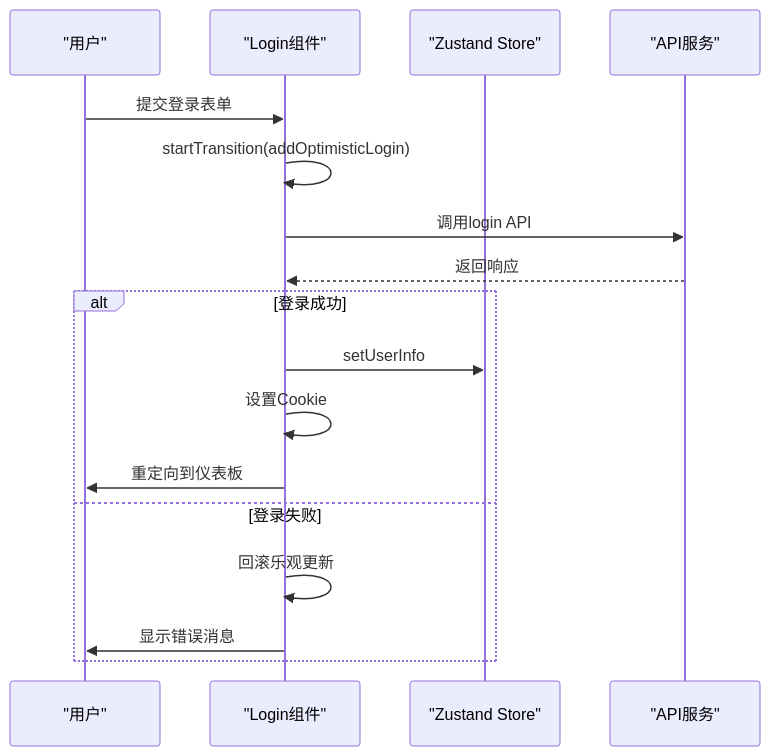
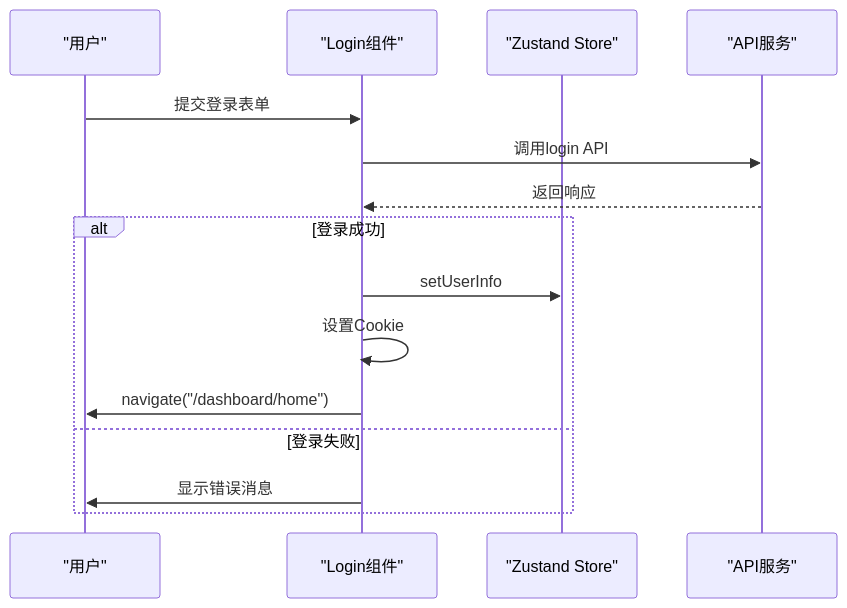
The second of 5 diagrams in .qoder/repowiki/zh/content/核心特性/登录流程中的乐观更新.md (fengerzh/react-vscode-template), drawn with Mermaid before and after one commit. The commit also changed other lines of this file and 15 other files, not shown here.

````diff
--- a/.qoder/repowiki/zh/content/核心特性/登录流程中的乐观更新.md
+++ b/.qoder/repowiki/zh/content/核心特性/登录流程中的乐观更新.md
@@ -66,19 +76,17 @@
 ```mermaid
 sequenceDiagram
 participant 用户 as "用户"
 participant Login as "Login组件"
 participant Store as "Zustand Store"
 participant Service as "API服务"
 用户->>Login : 提交登录表单
-Login->>Login : startTransition(addOptimisticLogin)
 Login->>Service : 调用login API
 Service-->>Login : 返回响应
 alt 登录成功
 Login->>Store : setUserInfo
 Login->>Login : 设置Cookie
-Login->>用户 : 重定向到仪表板
+Login->>用户 : navigate("/dashboard/home")
 else 登录失败
-Login->>Login : 回滚乐观更新
 Login->>用户 : 显示错误消息
 end
 ```
````
